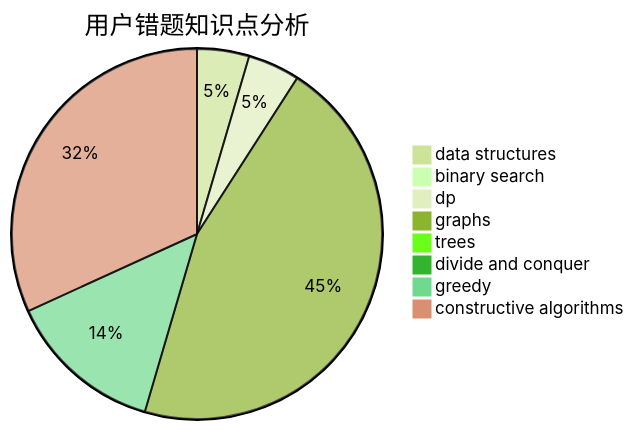
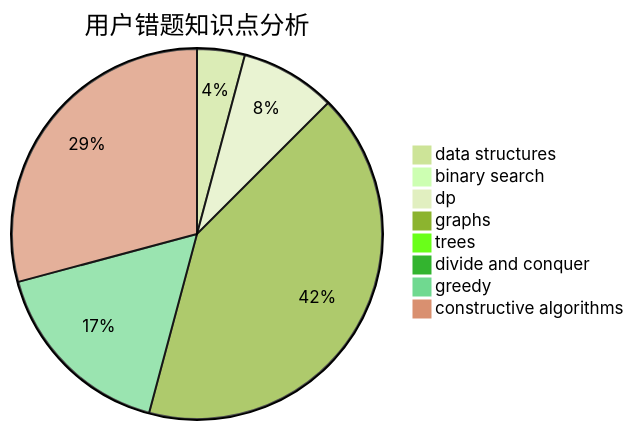
The third of 3 diagrams in docs/user/u2231.md (sherpahu/cfrs.github.io), drawn with Mermaid (forest theme) before and after one commit. The commit also changed other lines of this file and 2770 other files, not shown here.

````diff
--- a/docs/user/u2231.md
+++ b/docs/user/u2231.md
@@ -36,11 +36,11 @@
 ```mermaid
 pie title 用户错题知识点分析
     "data structures" :  1
     "binary search" :  0
-    "dp" :  1
+    "dp" :  2
     "graphs" :  10
     "trees" :  0
     "divide and conquer" :  0
-    "greedy" :  3
+    "greedy" :  4
     "constructive algorithms" :  7
 ```
````
